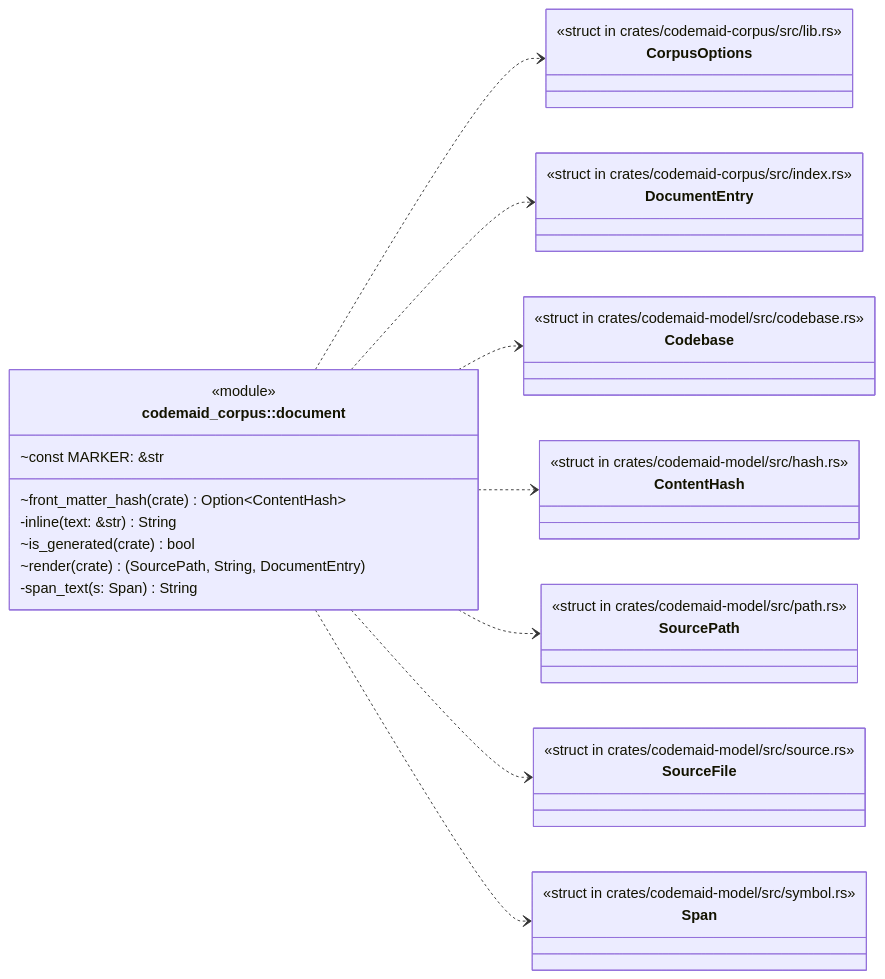
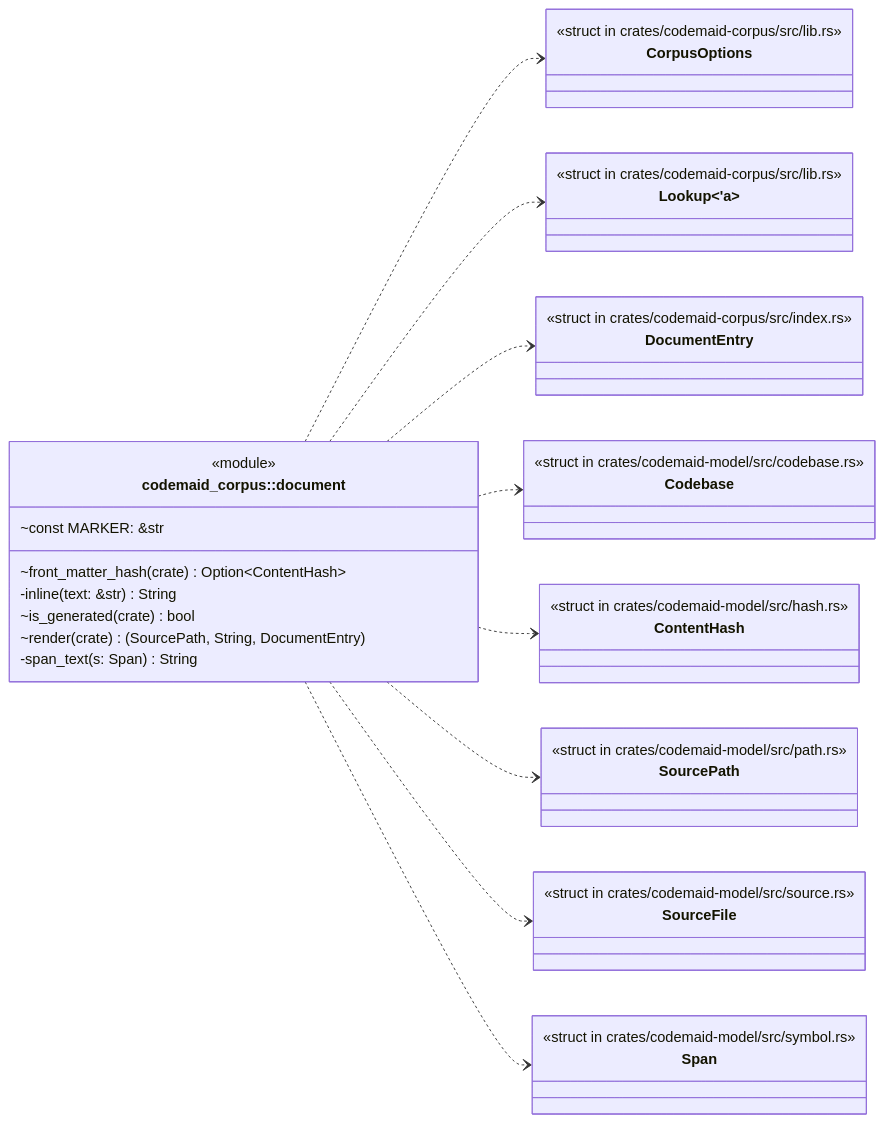
The first of 3 diagrams in docs/codemaid/crates/codemaid-corpus/src/document.rs.md (DreamLab-AI/codemaid), drawn with Mermaid before and after one commit. The commit also changed other lines of this file and 29 other files, not shown here.

````diff
--- a/docs/codemaid/crates/codemaid-corpus/src/document.rs.md
+++ b/docs/codemaid/crates/codemaid-corpus/src/document.rs.md
@@ -14,41 +14,45 @@
 ```mermaid
 classDiagram
   direction LR
   class codemaid_corpus__document["codemaid_corpus::document"] {
     <<module>>
     ~const MARKER: &str
     ~front_matter_hash(crate) Option#lt;ContentHash#gt;
     -inline(text: &str) String
     ~is_generated(crate) bool
     ~render(crate) #40;SourcePath, String, DocumentEntry#41;
     -span_text(s: Span) String
   }
   class codemaid_corpus__CorpusOptions["CorpusOptions"] {
+    <<struct in crates/codemaid-corpus/src/lib.rs>>
+  }
+  class codemaid_corpus__Lookup["Lookup#lt;'a#gt;"] {
     <<struct in crates/codemaid-corpus/src/lib.rs>>
   }
   class codemaid_corpus__index__DocumentEntry["DocumentEntry"] {
     <<struct in crates/codemaid-corpus/src/index.rs>>
   }
   class codemaid_model__codebase__Codebase["Codebase"] {
     <<struct in crates/codemaid-model/src/codebase.rs>>
   }
   class codemaid_model__hash__ContentHash["ContentHash"] {
     <<struct in crates/codemaid-model/src/hash.rs>>
   }
   class codemaid_model__path__SourcePath["SourcePath"] {
     <<struct in crates/codemaid-model/src/path.rs>>
   }
   class codemaid_model__source__SourceFile["SourceFile"] {
     <<struct in crates/codemaid-model/src/source.rs>>
   }
   class codemaid_model__symbol__Span["Span"] {
     <<struct in crates/codemaid-model/src/symbol.rs>>
   }
   codemaid_corpus__document ..> codemaid_corpus__CorpusOptions
+  codemaid_corpus__document ..> codemaid_corpus__Lookup
   codemaid_corpus__document ..> codemaid_corpus__index__DocumentEntry
   codemaid_corpus__document ..> codemaid_model__codebase__Codebase
   codemaid_corpus__document ..> codemaid_model__hash__ContentHash
   codemaid_corpus__document ..> codemaid_model__path__SourcePath
   codemaid_corpus__document ..> codemaid_model__source__SourceFile
   codemaid_corpus__document ..> codemaid_model__symbol__Span
 ```
````
